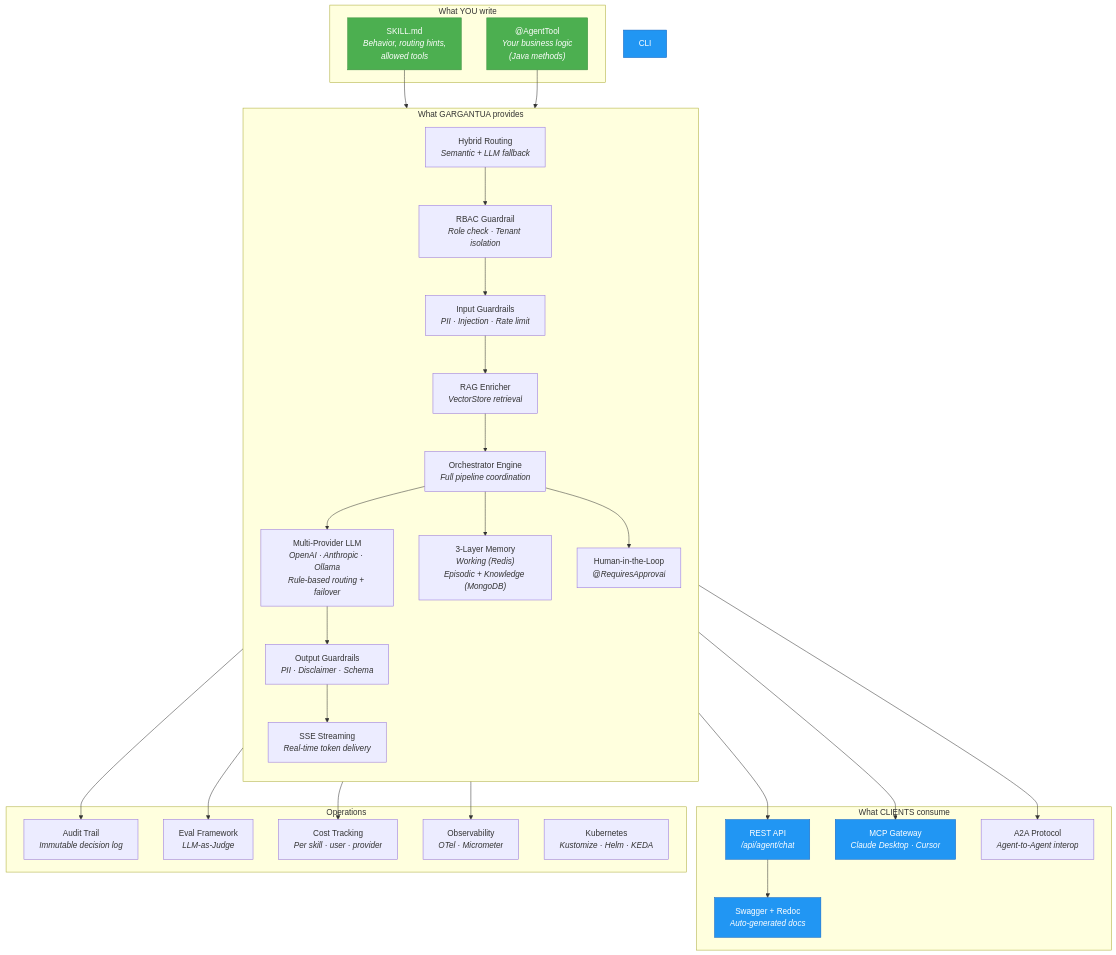
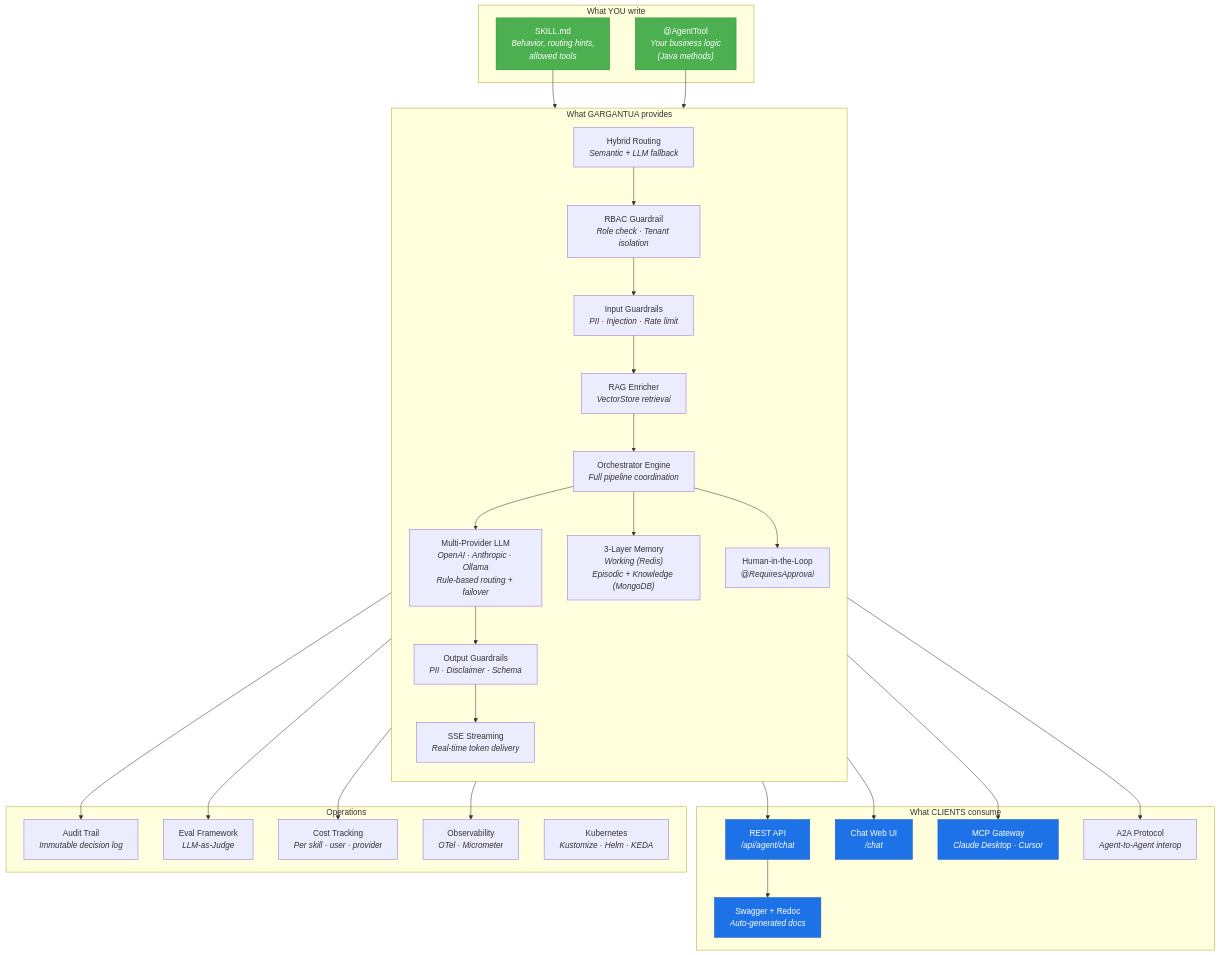
One commit to GiskardB/gargantua changed the diagram in README.md. Above: the diagram before and after it, drawn with Mermaid. The commit also changed 1 other file, not shown here.

Commit message:
docs: clean READMEs — remove stale shell/eval refs, add Chat UI to diagram
Main README:
- Mermaid diagram: added Chat Web UI node (/chat), removed stale CLI node
- Updated node colors to blue (#1d72e8) matching the new theme

FitCoach README:
- Removed all Shell sections (Options 3-4, Shell Commands, Shell Config,
  Embedded vs Remote Shell) — agent-shell module was deleted
- Fixed Eval Framework section to reference standalone agent-eval tool
- Removed eval suite counts from skills table (evals removed from project)
- Added Chat Web UI section with URL

https://claude.ai/code/session_012kEHWo1XE4pHGYbSMT6tLZ

````diff
--- a/README.md
+++ b/README.md
@@ -128,64 +128,66 @@
 ```mermaid
 graph TB
     subgraph "What YOU write"
         SKILL["SKILL.md<br/><i>Behavior, routing hints,<br/>allowed tools</i>"]
         TOOL["@AgentTool<br/><i>Your business logic<br/>(Java methods)</i>"]
     end
 
     subgraph "What GARGANTUA provides"
         direction TB
 
         ROUTE["Hybrid Routing<br/><i>Semantic + LLM fallback</i>"]
         RBAC["RBAC Guardrail<br/><i>Role check · Tenant isolation</i>"]
         GUARD_IN["Input Guardrails<br/><i>PII · Injection · Rate limit</i>"]
         RAG["RAG Enricher<br/><i>VectorStore retrieval</i>"]
         ORCH["Orchestrator Engine<br/><i>Full pipeline coordination</i>"]
         LLM["Multi-Provider LLM<br/><i>OpenAI · Anthropic · Ollama<br/>Rule-based routing + failover</i>"]
         MEM["3-Layer Memory<br/><i>Working (Redis)<br/>Episodic + Knowledge (MongoDB)</i>"]
         GUARD_OUT["Output Guardrails<br/><i>PII · Disclaimer · Schema</i>"]
         STREAM["SSE Streaming<br/><i>Real-time token delivery</i>"]
         HITL["Human-in-the-Loop<br/><i>@RequiresApproval</i>"]
     end
 
     subgraph "What CLIENTS consume"
         API["REST API<br/><i>/api/agent/chat</i>"]
+        CHAT["Chat Web UI<br/><i>/chat</i>"]
         MCP["MCP Gateway<br/><i>Claude Desktop · Cursor</i>"]
         A2A["A2A Protocol<br/><i>Agent-to-Agent interop</i>"]
         DOCS["Swagger + Redoc<br/><i>Auto-generated docs</i>"]
     end
 
     subgraph "Operations"
         AUDIT["Audit Trail<br/><i>Immutable decision log</i>"]
         EVAL["Eval Framework<br/><i>LLM-as-Judge</i>"]
         COST["Cost Tracking<br/><i>Per skill · user · provider</i>"]
         OTEL["Observability<br/><i>OTel · Micrometer</i>"]
         K8S["Kubernetes<br/><i>Kustomize · Helm · KEDA</i>"]
     end
 
     SKILL --> ROUTE
     TOOL --> ORCH
     ROUTE --> RBAC
     RBAC --> GUARD_IN
     GUARD_IN --> RAG
     RAG --> ORCH
     ORCH --> LLM
     ORCH --> MEM
     LLM --> GUARD_OUT
     GUARD_OUT --> STREAM
     ORCH --> HITL
     STREAM --> API
+    STREAM --> CHAT
     STREAM --> MCP
     STREAM --> A2A
     API --> DOCS
     ORCH --> AUDIT
     ORCH --> EVAL
     ORCH --> COST
     ORCH --> OTEL
 
     style SKILL fill:#4CAF50,color:#fff,stroke:#388E3C
     style TOOL fill:#4CAF50,color:#fff,stroke:#388E3C
-    style API fill:#2196F3,color:#fff,stroke:#1565C0
-    style CLI fill:#2196F3,color:#fff,stroke:#1565C0
-    style MCP fill:#2196F3,color:#fff,stroke:#1565C0
-    style DOCS fill:#2196F3,color:#fff,stroke:#1565C0
+    style API fill:#1d72e8,color:#fff,stroke:#1558b8
+    style CHAT fill:#1d72e8,color:#fff,stroke:#1558b8
+    style MCP fill:#1d72e8,color:#fff,stroke:#1558b8
+    style DOCS fill:#1d72e8,color:#fff,stroke:#1558b8
 ```
````
